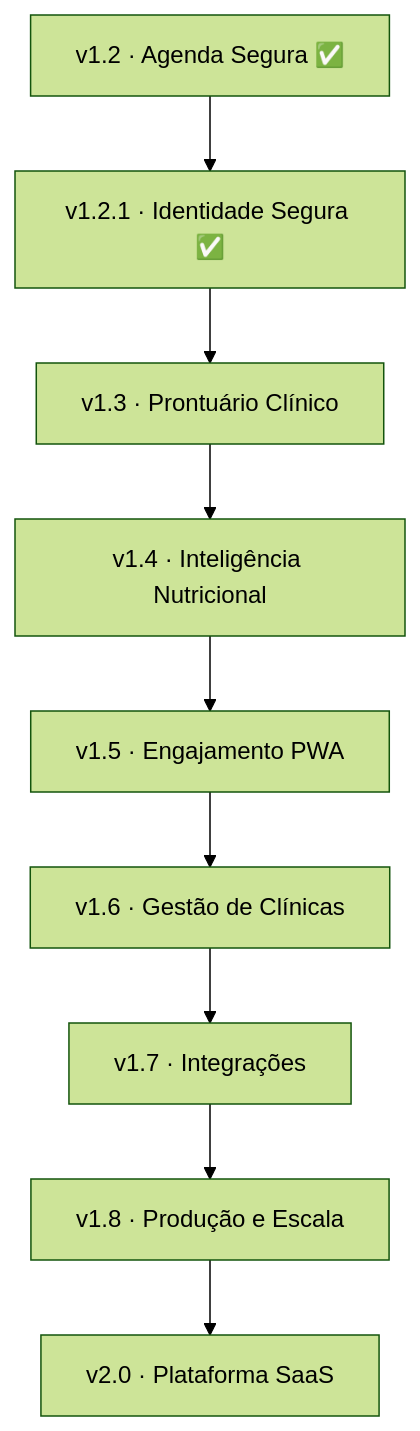
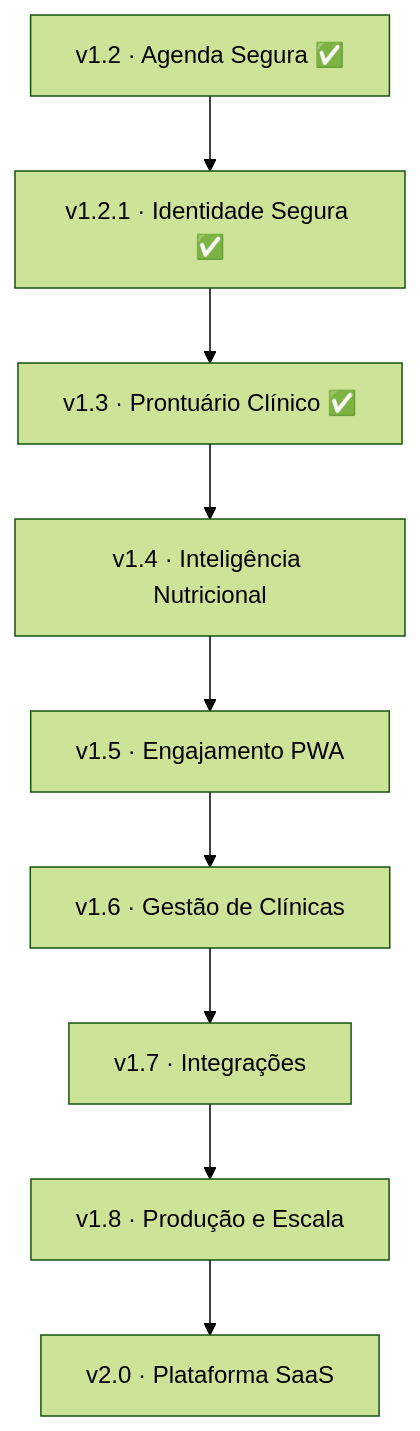
The diagram in ROADMAP.md (ricardogomesbarreto/Nexus-Nutra), drawn with Mermaid (forest theme) before and after one commit. The commit also changed other lines of this file and 14 other files, not shown here.

```diff
--- a/ROADMAP.md
+++ b/ROADMAP.md
@@ -51,11 +51,11 @@
 ~~~mermaid
 flowchart TD
     A["v1.2 · Agenda Segura ✅"] --> S["v1.2.1 · Identidade Segura ✅"]
-    S --> B["v1.3 · Prontuário Clínico"]
+    S --> B["v1.3 · Prontuário Clínico ✅"]
     B --> C["v1.4 · Inteligência Nutricional"]
     C --> D["v1.5 · Engajamento PWA"]
     D --> E["v1.6 · Gestão de Clínicas"]
     E --> F["v1.7 · Integrações"]
     F --> G["v1.8 · Produção e Escala"]
     G --> H["v2.0 · Plataforma SaaS"]
 ~~~
```
